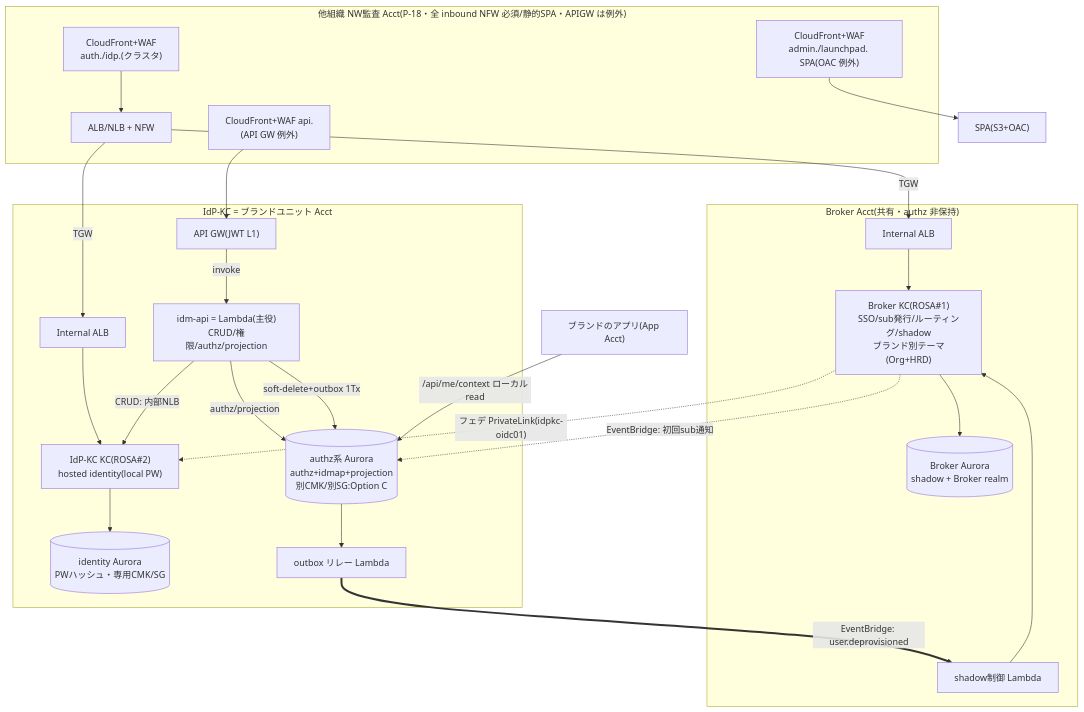
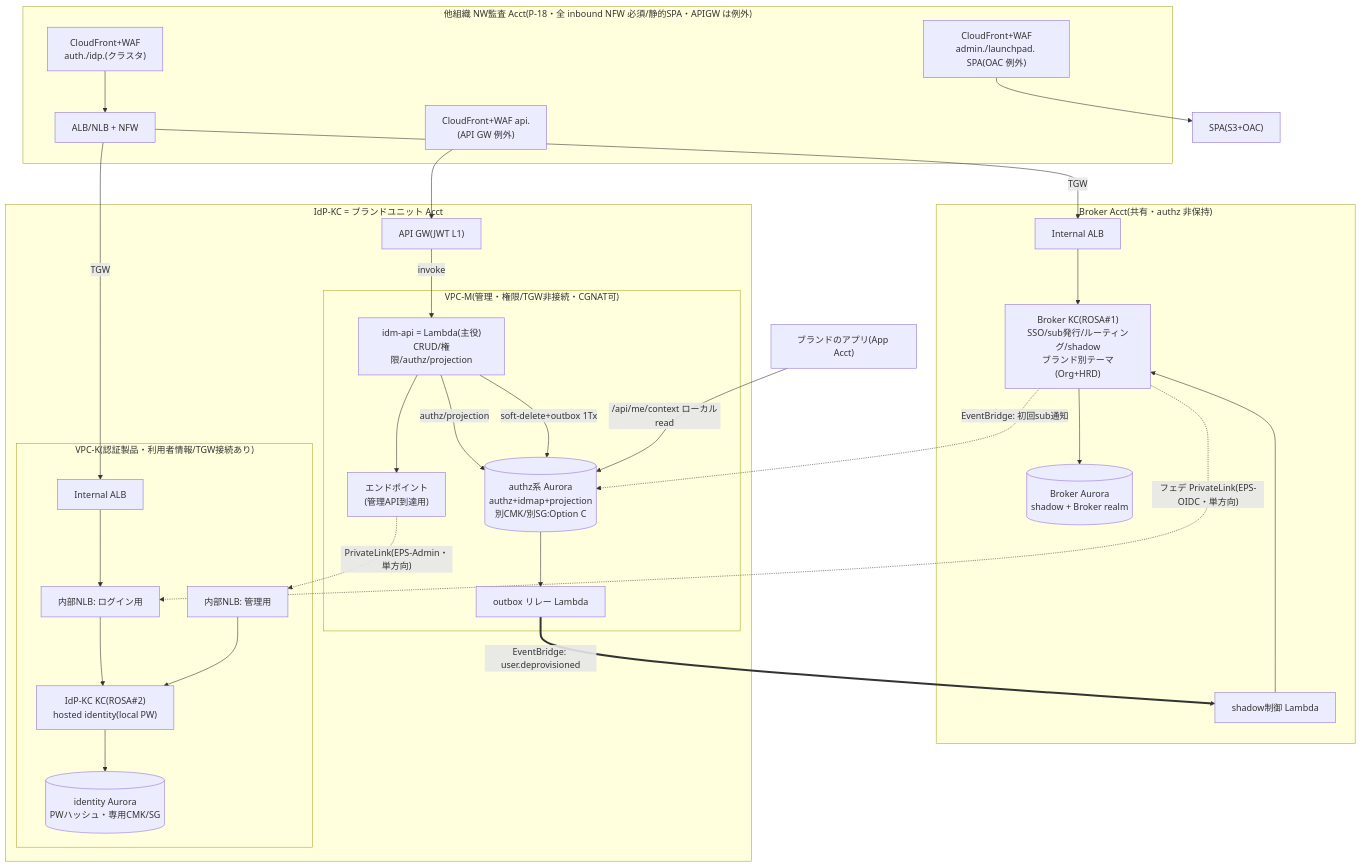
Before and after one commit to suepie/aws-atuh-poc: the eighth of 8 diagrams in doc/basic-design/06a-network-flow-diagrams.md, drawn with Mermaid. The commit also changed other lines of this file and 1 other file, not shown here.

Commit message:
C-9/C-10 是正: 2ネットワーク分離を本文化(D-U6-19)+06a §A.5/§A.6 反映
★C-9: 2026-08-18 に「単一VPC→2VPC分離(B案)」を決定したが §6.2.1 の箇条書き止まりで、
  本文の構成記述は単一ネットワーク前提のままだった。★§6.2.5 D-U6-19 として本文化★:
  - 分離の単位と理由(AWS SEC05-BP01 のアンチパターン回避。単一だと管理API侵害で
    パスワードハッシュDBへ到達しうるが、分離すれば★経路そのものが存在しない★)
  - VPC-M を TGW 非接続にできる理由(入口が API GW→関数の直接呼び出しで
    ネットワーク経路を通らない。関数側は出方向専用) → ★Transitから隠蔽可・IP消費ゼロ★
  - サブネット構成(VPC-K 5層 / VPC-M 3層)、跨ぐ経路は認証裏経路と管理API経路の2本だけ
  - ★守るべき不変条件6件を合格基準として明文化★(破れたとき何が起きるか併記)
  - 単一構成からの差分表(増える運用=閉域受け口2本・DNS2系統 → U9/IT-08 へ引き渡し)
  CIDR実値は P-17(D-19) 確定待ちのため ★変数表記(/)★ とし、
  「確定前に構築へ進んではならない」を明記(クラスタ作成後変更不可のため)。
  §6.2.1 の「層③=Lambda ENIアタッチ先」記述は VPC-M 移動により無効化。

★C-10: 06a §A.6 の全体図を VPC-K/VPC-M のサブグラフに分割、PrivateLink を
  EPS-OIDC/EPS-Admin の単方向として明示。§A.6.3 に所属表と不変条件を追加。
★C-10 の過程で §A.5.2/§A.5.3 の不整合を発見・是正★:
  - VPC が /21(EKS前提の過大採番)のまま → U6 の /23 と食い違い。Worker も /24 vs /26。
  - VPC-M の行が存在しなかった → Broker/IdP-KC 双方に追加(CGNAT・Transit非広告)
  - 層③ Lambda が VPC-K に残っていた → VPC-M へ移動済みと明記

````diff
--- a/doc/basic-design/06a-network-flow-diagrams.md
+++ b/doc/basic-design/06a-network-flow-diagrams.md
@@ -677,39 +688,46 @@
 ```mermaid
 flowchart TB
   subgraph EDGE["他組織 NW監査 Acct(P-18・全 inbound NFW 必須/静的SPA・APIGW は例外)"]
     CFa["CloudFront+WAF<br/>auth./idp.(クラスタ)"]
     NFWi["ALB/NLB + NFW"]
     CFapi["CloudFront+WAF api.<br/>(API GW 例外)"]
     CFspa["CloudFront+WAF<br/>admin./launchpad. SPA(OAC 例外)"]
   end
   subgraph BROKER["Broker Acct(共有・authz 非保持)"]
     BALB["Internal ALB"]
     BKC["Broker KC(ROSA#1)<br/>SSO/sub発行/ルーティング/shadow<br/>ブランド別テーマ(Org+HRD)"]
     BAur[("Broker Aurora<br/>shadow + Broker realm")]
     SHC["shadow制御 Lambda"]
   end
   subgraph BRAND["IdP-KC = ブランドユニット Acct"]
-    IALB["Internal ALB"]
-    IKC["IdP-KC KC(ROSA#2)<br/>hosted identity(local PW)"]
-    IAur[("identity Aurora<br/>PWハッシュ・専用CMK/SG")]
+    subgraph VPCK["VPC-K(認証製品・利用者情報/TGW接続あり)"]
+      IALB["Internal ALB"]
+      IKC["IdP-KC KC(ROSA#2)<br/>hosted identity(local PW)"]
+      IAur[("identity Aurora<br/>PWハッシュ・専用CMK/SG")]
+      NLBo["内部NLB: ログイン用"]
+      NLBa["内部NLB: 管理用"]
+    end
+    subgraph VPCM["VPC-M(管理・権限/TGW非接続・CGNAT可)"]
+      API2["idm-api = Lambda(主役)<br/>CRUD/権限/authz/projection"]
+      ZAur[("authz系 Aurora<br/>authz+idmap+projection<br/>別CMK/別SG:Option C")]
+      OBX["outbox リレー Lambda"]
+      EPa["エンドポイント<br/>(管理API到達用)"]
+    end
     APIGW["API GW(JWT L1)"]
-    API2["idm-api = Lambda(主役)<br/>CRUD/権限/authz/projection"]
-    ZAur[("authz系 Aurora<br/>authz+idmap+projection<br/>別CMK/別SG:Option C")]
-    OBX["outbox リレー Lambda"]
   end
   S3["SPA(S3+OAC)"]
   APP["ブランドのアプリ(App Acct)"]
   CFa --> NFWi
   NFWi -->|TGW| BALB --> BKC --> BAur
-  NFWi -->|TGW| IALB --> IKC --> IAur
+  NFWi -->|TGW| IALB --> NLBo --> IKC --> IAur
   CFapi --> APIGW -->|invoke| API2
   CFspa --> S3
-  BKC -. "フェデ PrivateLink(idpkc-oidc01)" .-> IKC
-  API2 -->|"CRUD: 内部NLB"| IKC
+  BKC -. "フェデ PrivateLink(EPS-OIDC・単方向)" .-> NLBo
+  API2 --> EPa -. "PrivateLink(EPS-Admin・単方向)" .-> NLBa --> IKC
   API2 -->|"authz/projection"| ZAur
   API2 -->|"soft-delete+outbox 1Tx"| ZAur
   ZAur --> OBX
   OBX ==>|"EventBridge: user.deprovisioned"| SHC --> BKC
   BKC -.->|"EventBridge: 初回sub通知"| ZAur
   APP -->|"/api/me/context ローカルread"| ZAur
 ```
````
